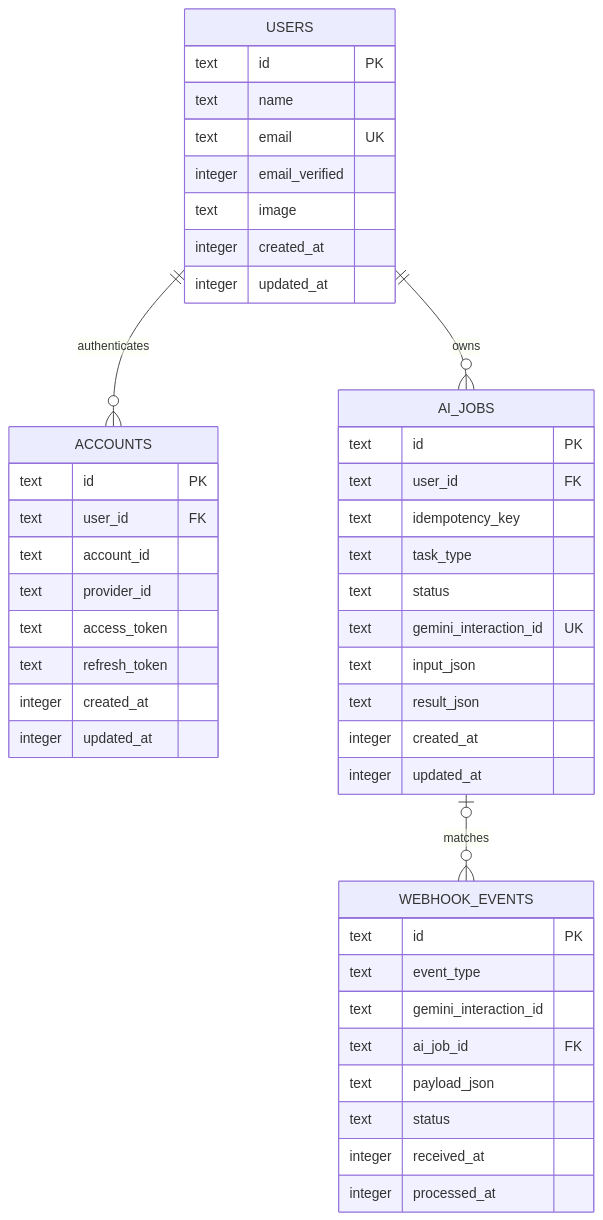
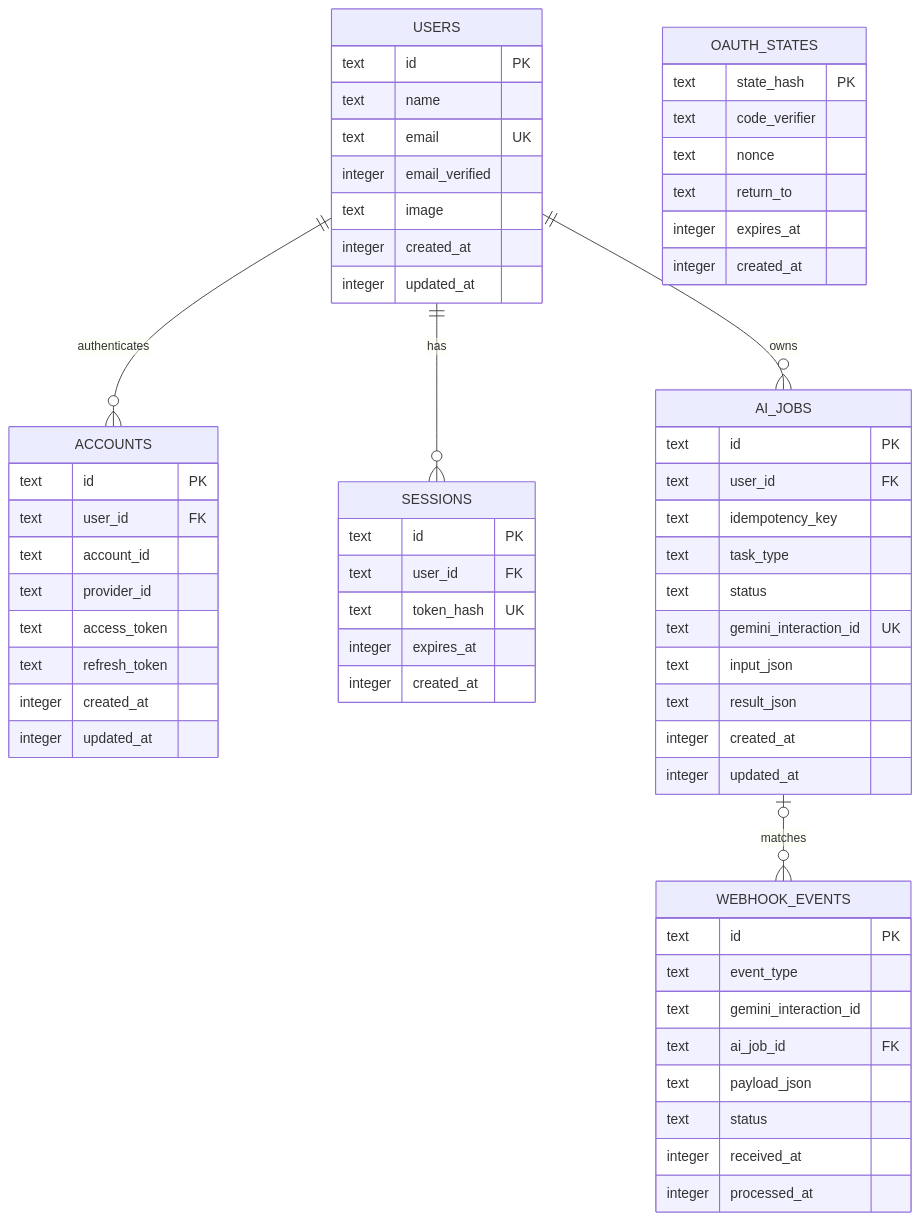
One commit to leejss/chaek changed the first of 3 diagrams in docs/database-schema.md. Above: the diagram before and after it, drawn with Mermaid. The commit also changed other lines of this file and 1 other file, not shown here.

Commit message:
docs: document Google OAuth implementation

````diff
--- a/docs/database-schema.md
+++ b/docs/database-schema.md
@@ -15,51 +15,69 @@
 ```mermaid
 erDiagram
     USERS ||--o{ ACCOUNTS : authenticates
+    USERS ||--o{ SESSIONS : has
     USERS ||--o{ AI_JOBS : owns
     AI_JOBS o|--o{ WEBHOOK_EVENTS : matches
 
     USERS {
         text id PK
         text name
         text email UK
         integer email_verified
         text image
         integer created_at
         integer updated_at
     }
 
     ACCOUNTS {
         text id PK
         text user_id FK
         text account_id
         text provider_id
         text access_token
         text refresh_token
         integer created_at
         integer updated_at
+    }
+
+    SESSIONS {
+        text id PK
+        text user_id FK
+        text token_hash UK
+        integer expires_at
+        integer created_at
+    }
+
+    OAUTH_STATES {
+        text state_hash PK
+        text code_verifier
+        text nonce
+        text return_to
+        integer expires_at
+        integer created_at
     }
 
     AI_JOBS {
         text id PK
         text user_id FK
         text idempotency_key
         text task_type
         text status
         text gemini_interaction_id UK
         text input_json
         text result_json
         integer created_at
         integer updated_at
     }
 
     WEBHOOK_EVENTS {
         text id PK
         text event_type
         text gemini_interaction_id
         text ai_job_id FK
         text payload_json
         text status
         integer received_at
         integer processed_at
     }
 ```
````
